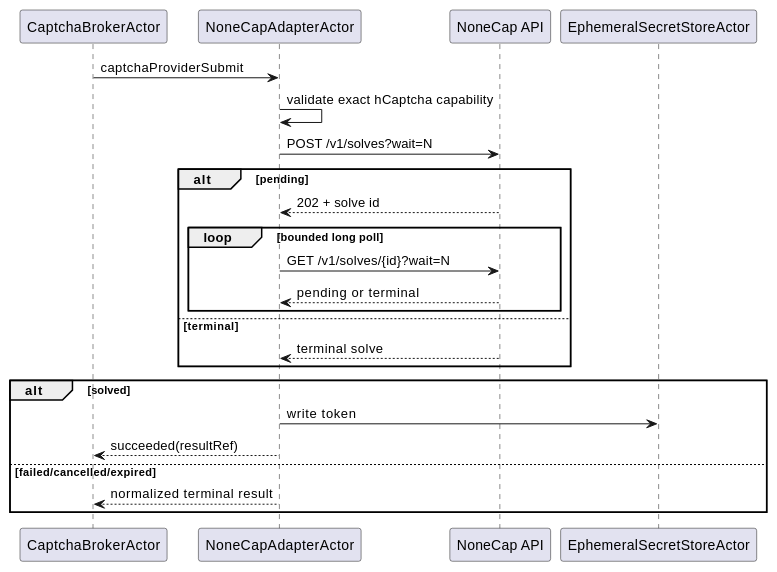
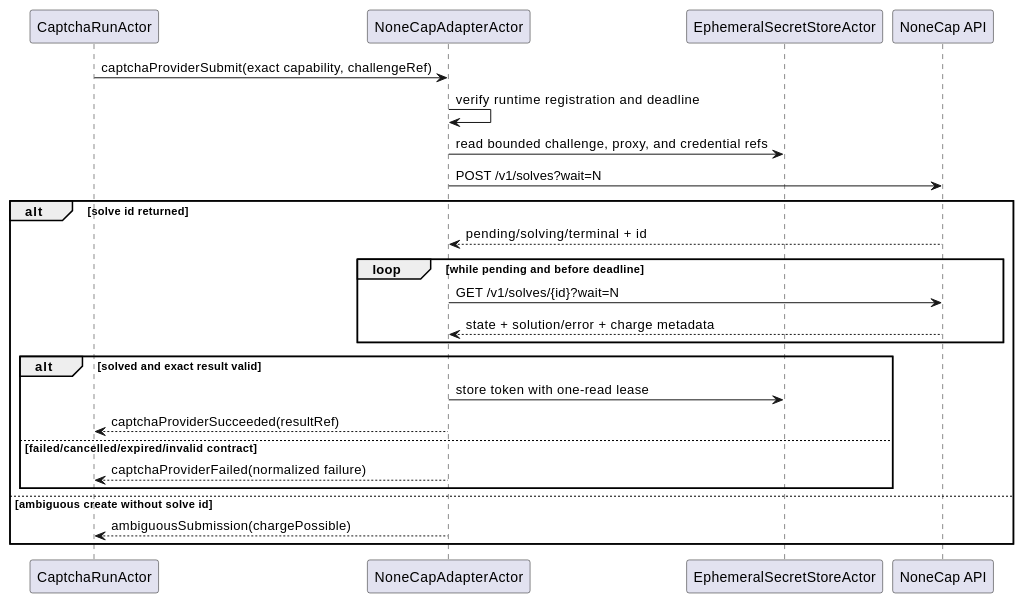
The first of 2 diagrams in roam/design/starintel-pro-actors/STAR-PRO-CAPTCHA-001-nonecap-adapter.org (lost-rob0t/starintel-auto-research), drawn with PlantUML before and after one commit. The commit also changed other lines of this file, not shown here.

Commit message:
make NoneCap adapter register only validated capabilities

```diff
--- a/roam/design/starintel-pro-actors/STAR-PRO-CAPTCHA-001-nonecap-adapter.org
+++ b/roam/design/starintel-pro-actors/STAR-PRO-CAPTCHA-001-nonecap-adapter.org
@@ -57,27 +78,28 @@
 #+begin_src plantuml
 @startuml
-participant "CaptchaBrokerActor" as Broker
+participant "CaptchaRunActor" as Run
 participant "NoneCapAdapterActor" as Adapter
+participant "EphemeralSecretStoreActor" as Secrets
 participant "NoneCap API" as API
-participant "EphemeralSecretStoreActor" as Secrets
 
-Broker -> Adapter : captchaProviderSubmit
-Adapter -> Adapter : validate exact hCaptcha capability
+Run -> Adapter : captchaProviderSubmit(exact capability, challengeRef)
+Adapter -> Adapter : verify runtime registration and deadline
+Adapter -> Secrets : read bounded challenge, proxy, and credential refs
 Adapter -> API : POST /v1/solves?wait=N
-alt pending
-  API --> Adapter : 202 + solve id
-  loop bounded long poll
+alt solve id returned
+  API --> Adapter : pending/solving/terminal + id
+  loop while pending and before deadline
     Adapter -> API : GET /v1/solves/{id}?wait=N
-    API --> Adapter : pending or terminal
+    API --> Adapter : state + solution/error + charge metadata
   end
-else terminal
-  API --> Adapter : terminal solve
-end
-alt solved
-  Adapter -> Secrets : write token
-  Adapter --> Broker : succeeded(resultRef)
-else failed/cancelled/expired
-  Adapter --> Broker : normalized terminal result
+  alt solved and exact result valid
+    Adapter -> Secrets : store token with one-read lease
+    Adapter --> Run : captchaProviderSucceeded(resultRef)
+  else failed/cancelled/expired/invalid contract
+    Adapter --> Run : captchaProviderFailed(normalized failure)
+  end
+else ambiguous create without solve id
+  Adapter --> Run : ambiguousSubmission(chargePossible)
 end
 @enduml
 #+end_src
```
